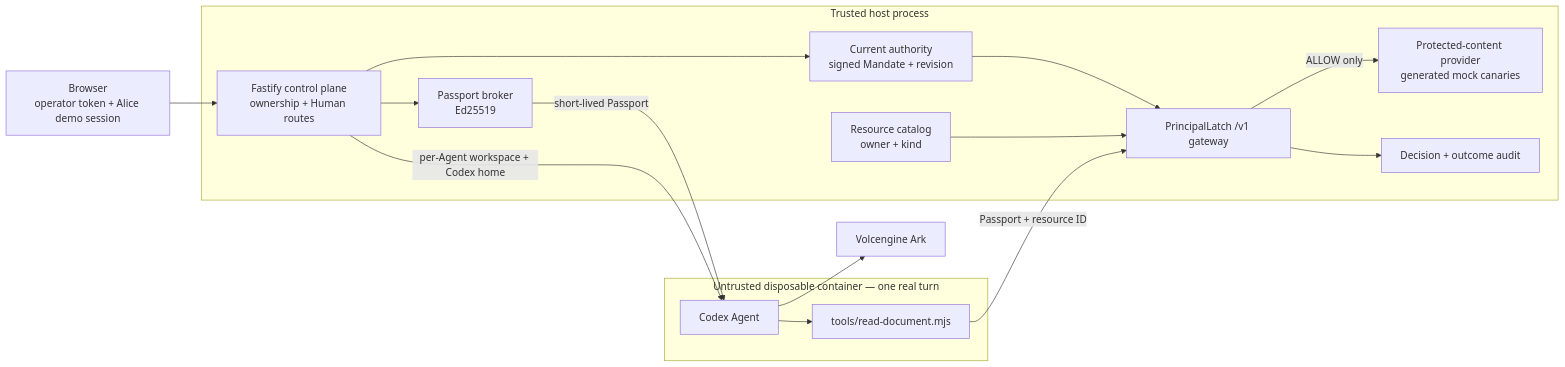
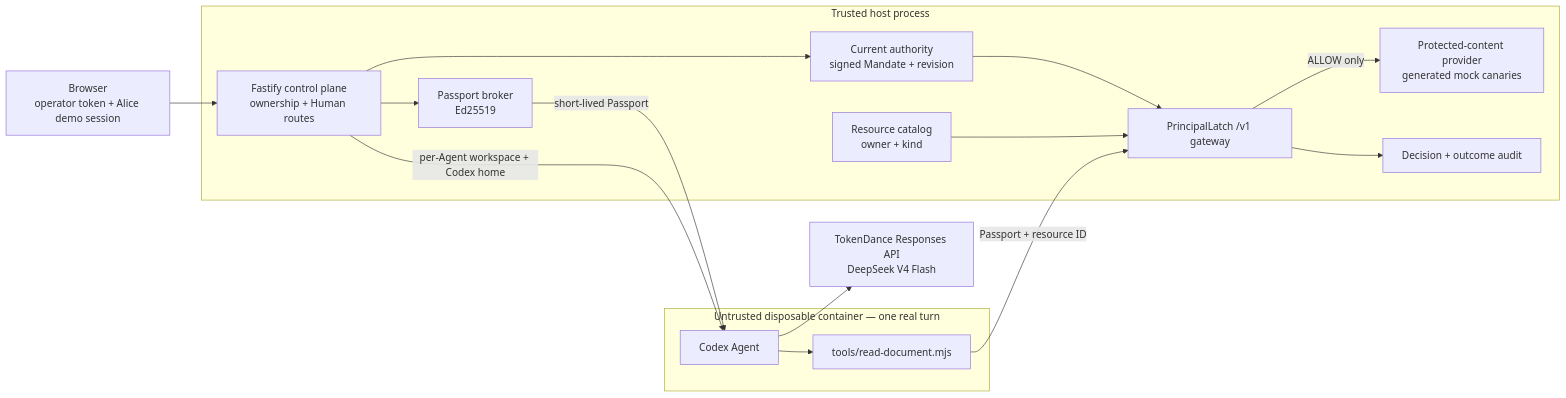
One commit to hnaymyh123-henry/principallatch-techjam changed the diagram in README.md. Above: the diagram before and after it, drawn with Mermaid. The commit also changed other lines of this file and 27 other files, not shown here.

First line of the commit message:
Adopt TokenDance Responses provider for the isolated Codex Runtime

````diff
--- a/README.md
+++ b/README.md
@@ -52,31 +52,31 @@
 ```mermaid
 flowchart LR
     UI["Browser<br/>operator token + Alice demo session"] --> CP
 
     subgraph T["Trusted host process"]
       CP["Fastify control plane<br/>ownership + Human routes"]
       PB["Passport broker<br/>Ed25519"]
       AS["Current authority<br/>signed Mandate + revision"]
       GW["PrincipalLatch /v1 gateway"]
       RC["Resource catalog<br/>owner + kind"]
       PC["Protected-content provider<br/>generated mock canaries"]
       AU["Decision + outcome audit"]
       CP --> PB
       CP --> AS
       AS --> GW
       RC --> GW
       GW --> AU
       GW -->|"ALLOW only"| PC
     end
 
     subgraph R["Untrusted disposable container — one real turn"]
       CX["Codex Agent"]
       TOOL["tools/read-document.mjs"]
       CX --> TOOL
     end
 
     PB -->|"short-lived Passport"| CX
     CP -->|"per-Agent workspace + Codex home"| CX
     TOOL -->|"Passport + resource ID"| GW
-    CX --> ARK["Volcengine Ark"]
+    CX --> TD["TokenDance Responses API<br/>DeepSeek V4 Flash"]
 ```
````
